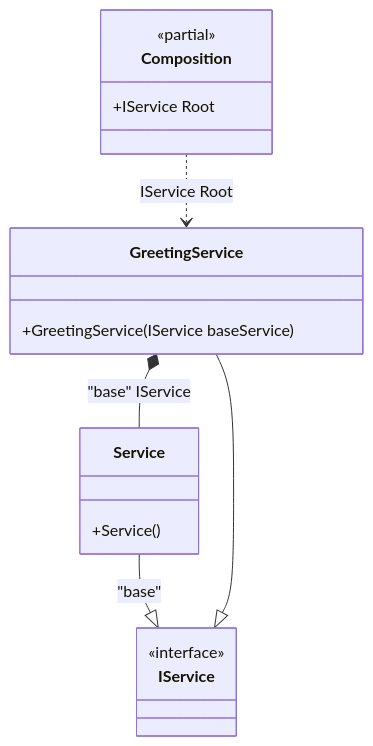
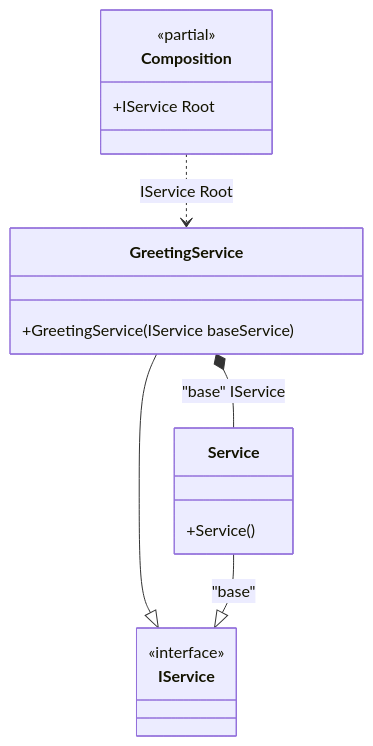
One commit to DevTeam/Pure.DI changed the diagram in readme/decorator.md. Above: the diagram before and after it, drawn with Mermaid. The commit also changed other lines of this file and 92 other files, not shown here.

````diff
--- a/readme/decorator.md
+++ b/readme/decorator.md
@@ -69,20 +69,20 @@
 ```mermaid
 classDiagram
 	class Composition {
 		<<partial>>
 		+IService Root
 	}
+	GreetingService --|> IService
+	class GreetingService {
+		+GreetingService(IService baseService)
+	}
 	Service --|> IService : "base" 
 	class Service {
 		+Service()
-	}
-	GreetingService --|> IService
-	class GreetingService {
-		+GreetingService(IService baseService)
 	}
 	class IService {
 		<<interface>>
 	}
 	Composition ..> GreetingService : IService Root
 	GreetingService *--  Service : "base"  IService
 ```
````
